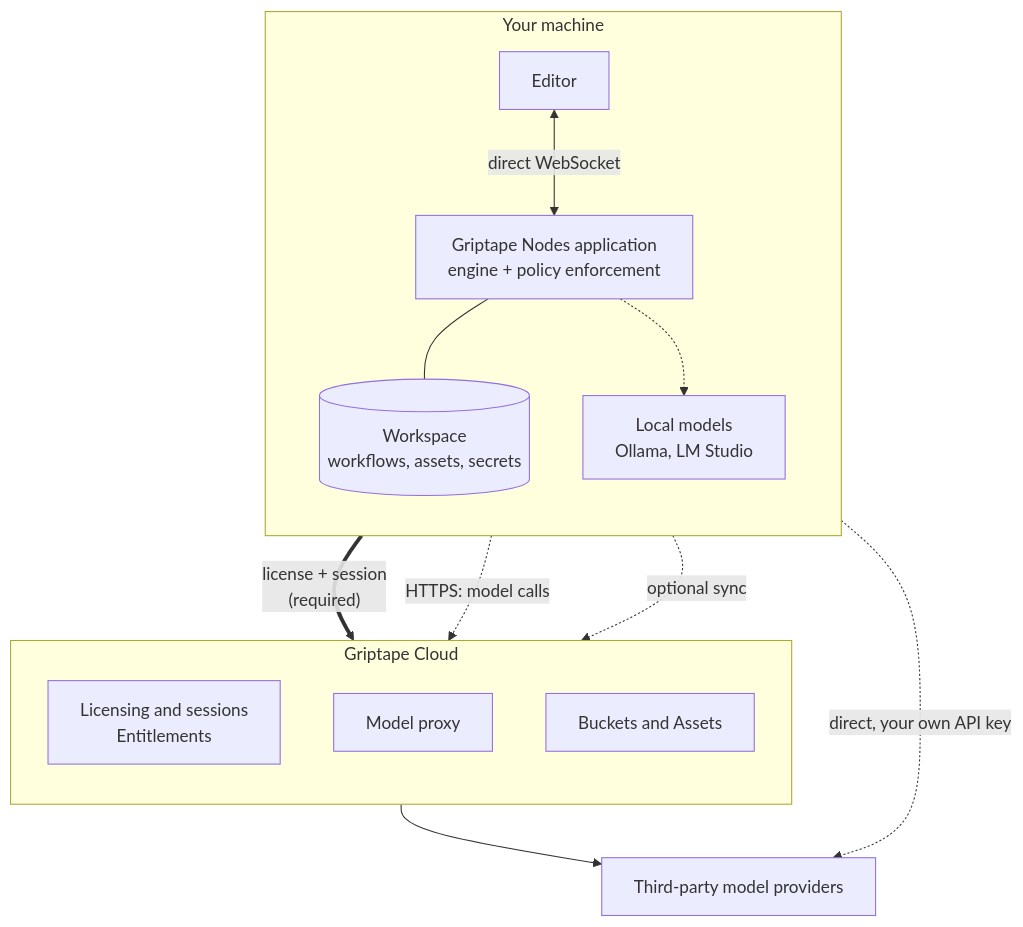
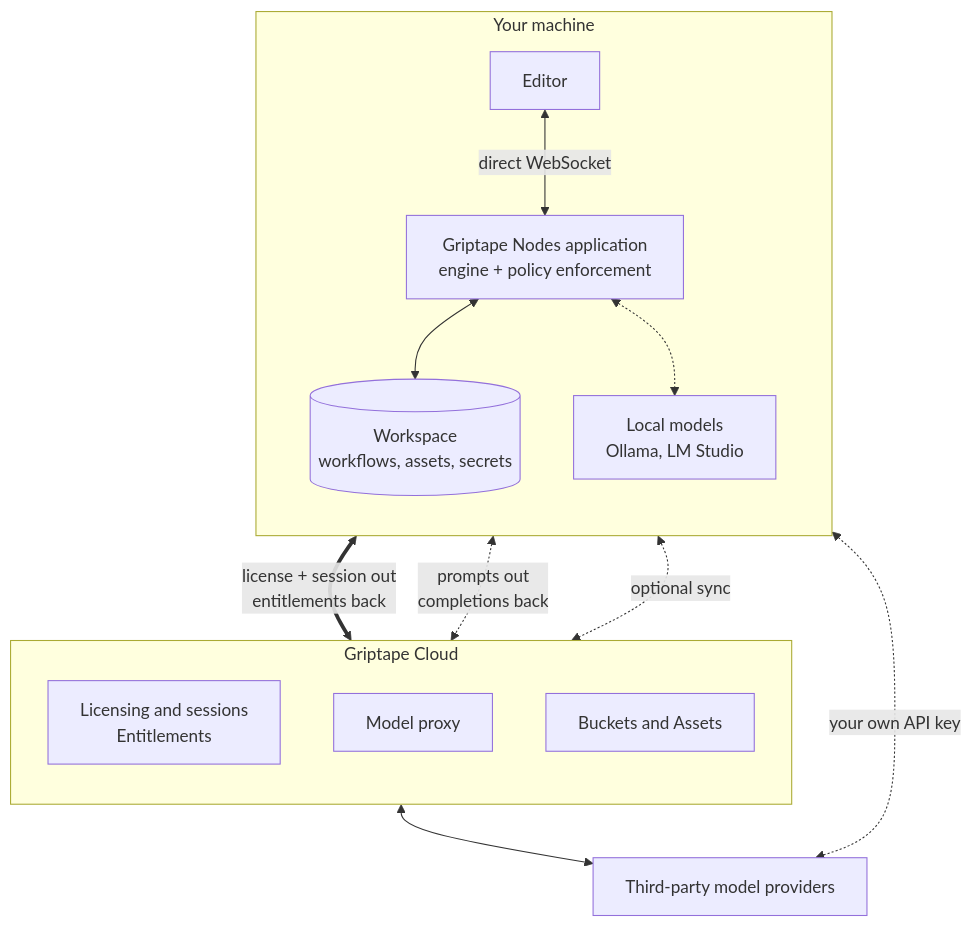
One commit to griptape-ai/griptape-nodes-engine changed the first of 3 diagrams in docs/architecture.md. Above: the diagram before and after it, drawn with Mermaid. The commit also changed other lines of this file, not shown here.

First line of the commit message:
docs: address PR review feedback on architecture page

````diff
--- a/docs/architecture.md
+++ b/docs/architecture.md
@@ -79,28 +81,28 @@
 ```mermaid
 flowchart TB
     subgraph machine["Your machine"]
         direction TB
         editor["Editor"]
         app["Griptape Nodes application<br/>engine + policy enforcement"]
         workspace[("Workspace<br/>workflows, assets, secrets")]
         local["Local models<br/>Ollama, LM Studio"]
         editor <-->|"direct WebSocket"| app
-        app --- workspace
-        app -.-> local
+        app <--> workspace
+        app <-.-> local
     end
 
     subgraph cloud["Griptape Cloud"]
         direction TB
         control["Licensing and sessions<br/>Entitlements"]
         modelproxy["Model proxy"]
         buckets["Buckets and Assets"]
     end
 
     providers["Third-party model providers"]
 
-    app ==>|"license + session<br/>(required)"| control
-    app -.->|"HTTPS: model calls"| modelproxy
-    app -.->|"optional sync"| buckets
-    modelproxy --> providers
-    app -.->|"direct, your own API key"| providers
+    app <==>|"license + session out<br/>entitlements back"| control
+    app <-.->|"prompts out<br/>completions back"| modelproxy
+    app <-.->|"optional sync"| buckets
+    modelproxy <--> providers
+    app <-.->|"your own API key"| providers
 ```
````
